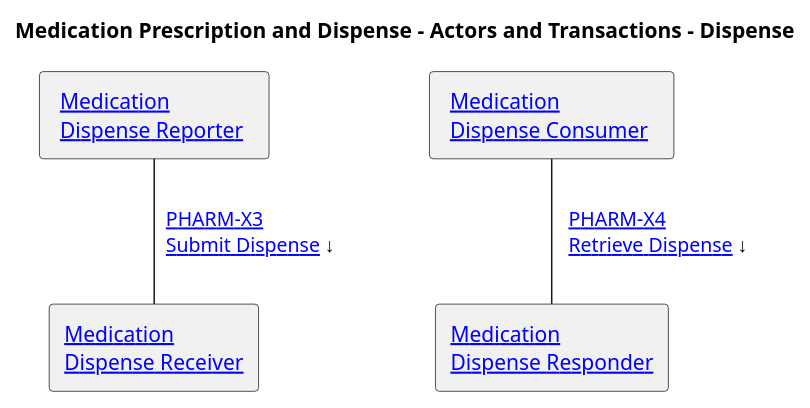
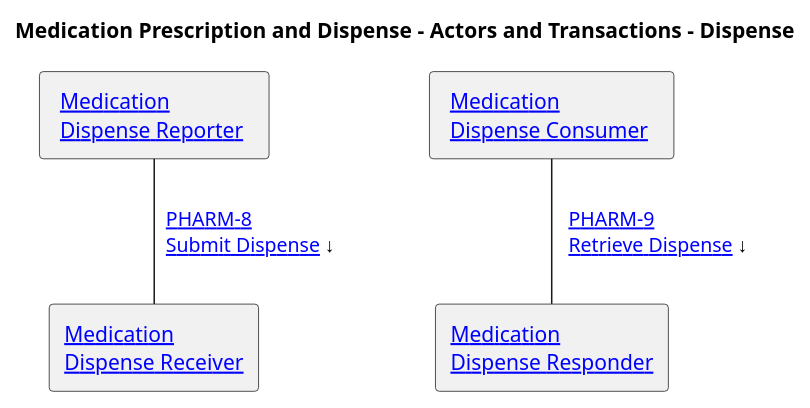
Before and after one commit to IHE/pharm-mpd: the diagram in input/images-source/actors-transactions-dispense.plantuml, drawn with PlantUML. The commit also changed 22 other files, not shown here.

```diff
--- a/input/images-source/actors-transactions-dispense.plantuml
+++ b/input/images-source/actors-transactions-dispense.plantuml
@@ -1,48 +1,37 @@
 @startuml
 '!include ./style.iuml
 skinparam linetype ortho
 skinparam linetype polyline
 
 title Medication Prescription and Dispense - Actors and Transactions - Dispense
 'agent "  [[actors_and_transactions.html#order-placer Order Placer ]]" as orderplacer 
 'agent " [[actors_and_transactions.html#order-receiver Order Receiver ]]" as orderreceiver 
 'agent " [[actors_and_transactions.html#order-receiver Order Responder ]]" as orderresponder 
 
 agent " [[actors_and_transactions.html#DispenseReporter Medication\nDispense Reporter  ]]" as OrderConsumer 
 agent " [[actors_and_transactions.html#DispenseConsumer Medication\nDispense Consumer  ]]" as dispenseconsumer 
 agent "[[actors_and_transactions.html#DipenseReceiver Medication\nDispense Receiver]]" as dispensereceiver
 agent "[[actors_and_transactions.html#DipenseResponder Medication\nDispense Responder]]" as dispenseresponder 
 
-
-' \n\n   [[PHARM-X2.html PHARM-M2 Supply Response/status]] ↑
-
-dispenseconsumer -d- dispenseresponder : "   [[PHARM-X4.html PHARM-X4\nRetrieve Dispense]] ↓       "
+dispenseconsumer -d- dispenseresponder : "   [[pharm-9.html PHARM-9\nRetrieve Dispense]] ↓       "
 
 
 'orderreceiver -r[hidden]- orderresponder : "\t\t\t "
 'orderreceiver -d[hidden]- dispenseresponder : "   "
 
 
 'orderresponder -d[hidden]- dispensereceiver
 'orderresponder -r[hidden]- dispensereceiver
 'orderresponder -r[hidden]- OrderConsumer
 
 'orderplacer -[hidden]r- OrderConsumer : "\t\t\t   "
 
 OrderConsumer -r[hidden]- dispenseconsumer: "\t\t     "
 
 dispensereceiver -r[hidden]- dispenseresponder : "\t\t\t"
 
 
-'orderresponder -u- OrderConsumer: "   [[PHARM-X1.html PHARM-X2\n GET Medication Orders]] ↑          "
-OrderConsumer -d- dispensereceiver: "  [[PHARM-X3.html PHARM-X3\nSubmit Dispense]] ↓  "
+OrderConsumer -d- dispensereceiver: "  [[pharm-8.html PHARM-8\nSubmit Dispense]] ↓  "
 
-' → ↑ ← ↓
 
-'orderresponder -r- dispensereceiver:  "   [[PHARM-X2.html PHARM-X2 Dispense]]  ←   "
-' dispensereceiver -r- dispenseresponder : ""
-
-'OrderConsumer -d- OrderConsumer : "   [[PHARM-M2.html PHARM-M2 Fetch Orders]] ←  "
-'dispenser -[hidden]r- invreporter : "\t\t\t\t\t "
-'invreporter -d- invmanager : "   [[PHARM-M5.html PHARM-M5 Inventory Status]] ↑                  \n\n   [[PHARM-M6.html PHARM-M6 Inventory Update]] ↓                 \n\n[[PHARM-M7.html PHARM-M7 Inventory Query]] ↓\t\t  "
 @enduml
```
